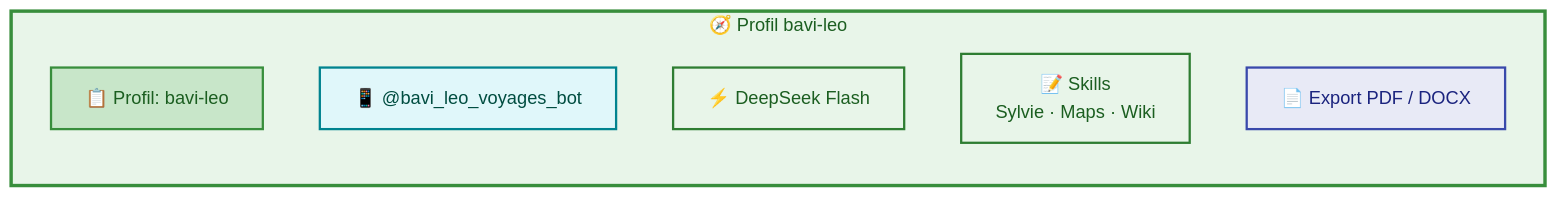
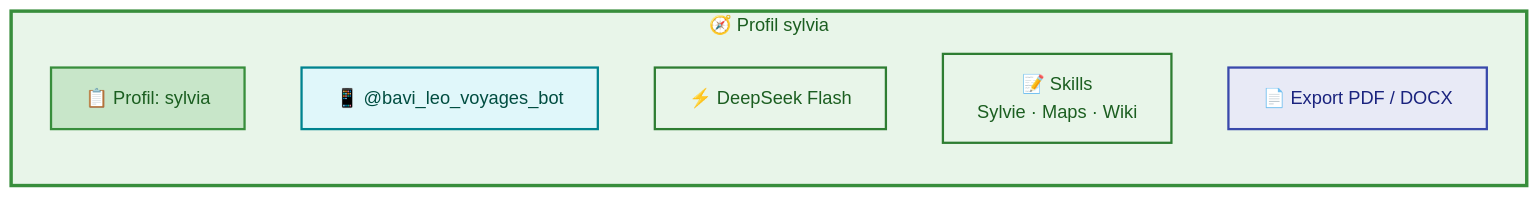
The fourth of 5 diagrams in docs/hermes/architecture-communication.md (christophedanhier-hash/hermes-wiki), drawn with Mermaid before and after one commit. The commit also changed other lines of this file and 73 other files, not shown here.

````diff
--- a/docs/hermes/architecture-communication.md
+++ b/docs/hermes/architecture-communication.md
@@ -186,18 +186,18 @@
 ```mermaid
 flowchart LR
-    subgraph BOT2["🧭 Profil bavi-leo"]
+    subgraph BOT2["🧭 Profil sylvia"]
         direction TB
-        P2["📋 Profil: bavi-leo"]
+        P2["📋 Profil: sylvia"]
         B2["📱 @bavi_leo_voyages_bot"]
         M2["⚡ DeepSeek Flash"]
         S2["📝 Skills<br/>Sylvie · Maps · Wiki"]
         E2["📄 Export PDF / DOCX"]
     end
 
     style BOT2 fill:#e8f5e9,stroke:#388e3c,stroke-width:3px,color:#1b5e20
     style P2 fill:#c8e6c9,stroke:#388e3c,stroke-width:2px,color:#1b5e20
     style B2 fill:#e0f7fa,stroke:#00838f,stroke-width:2px,color:#004d40
     style M2 fill:#e8f5e9,stroke:#2e7d32,stroke-width:2px,color:#1b5e20
     style S2 fill:#e8f5e9,stroke:#2e7d32,stroke-width:2px,color:#1b5e20
     style E2 fill:#e8eaf6,stroke:#3949ab,stroke-width:2px,color:#1a237e
 ```
````
